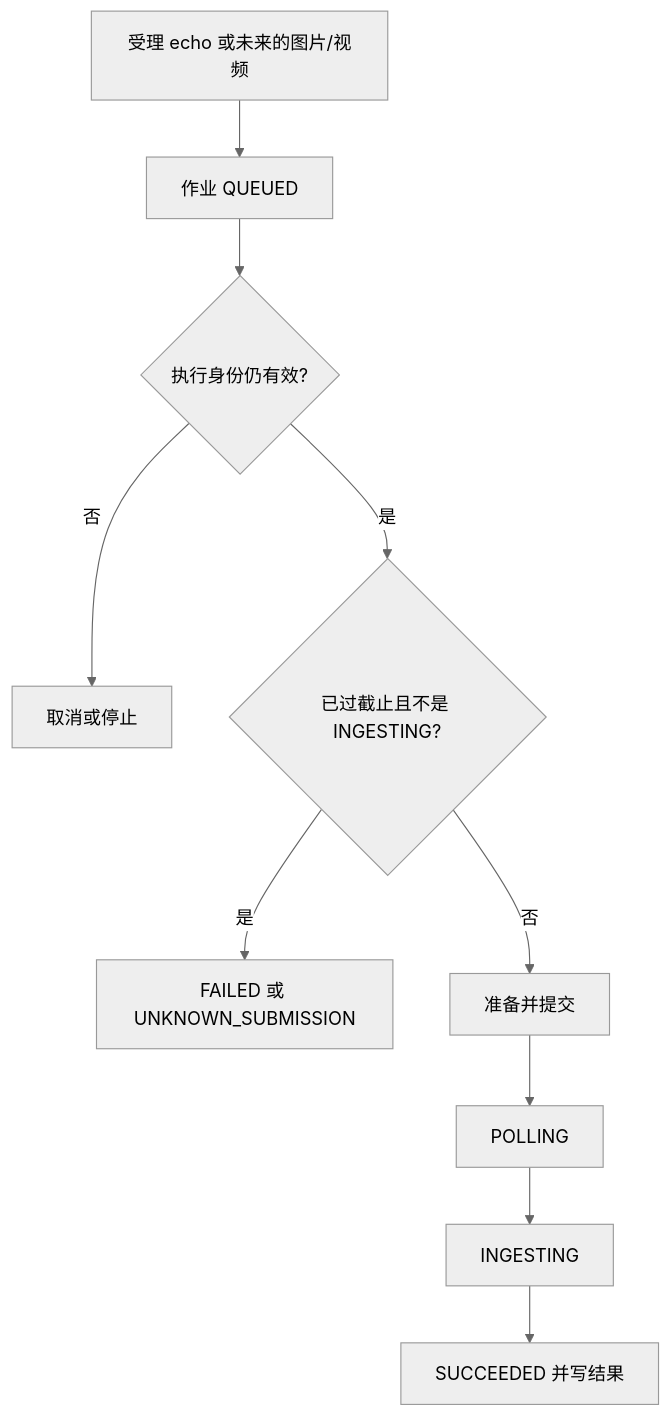
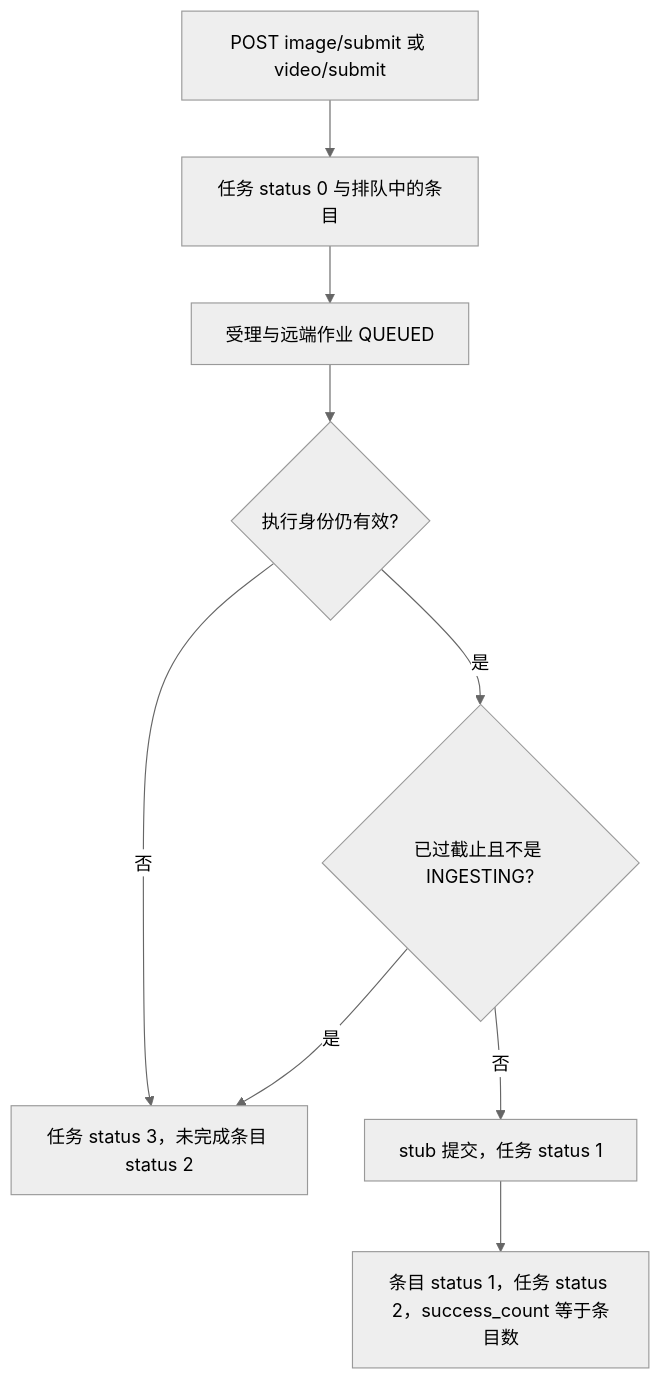
One commit to zhazhahehedian/ai-fusion-video-go changed the diagram in dev-docs/guide/business/05-generation-lifecycle.md. Above: the diagram before and after it, drawn with Mermaid (neutral theme). The commit also changed other lines of this file and 27 other files, not shown here.

First line of the commit message:
把图片和视频提交接到受理与 stub 写回

````diff
--- a/dev-docs/guide/business/05-generation-lifecycle.md
+++ b/dev-docs/guide/business/05-generation-lifecycle.md
@@ -26,12 +26,11 @@
 ```mermaid
 flowchart TD
-  accept[受理 echo 或未来的图片/视频] --> queue[作业 QUEUED]
+  submit[POST image/submit 或 video/submit] --> task[任务 status 0 与排队中的条目]
+  task --> queue[受理与远端作业 QUEUED]
   queue --> permit{执行身份仍有效?}
-  permit -->|否| stop[取消或停止]
+  permit -->|否| stop[任务 status 3，未完成条目 status 2]
   permit -->|是| deadline{已过截止且不是 INGESTING?}
-  deadline -->|是| unknown[FAILED 或 UNKNOWN_SUBMISSION]
-  deadline -->|否| submit[准备并提交]
-  submit --> poll[POLLING]
-  poll --> ingest[INGESTING]
-  ingest --> done[SUCCEEDED 并写结果]
+  deadline -->|是| stop
+  deadline -->|否| stub[stub 提交，任务 status 1]
+  stub --> done[条目 status 1，任务 status 2，success_count 等于条目数]
 ```
````
